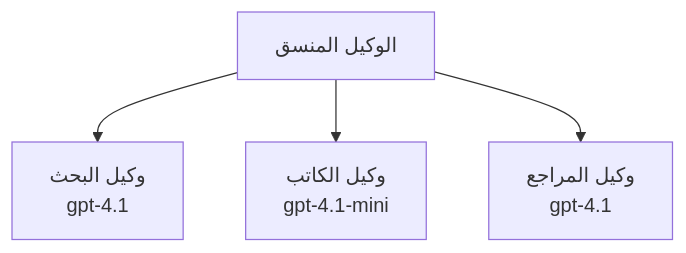
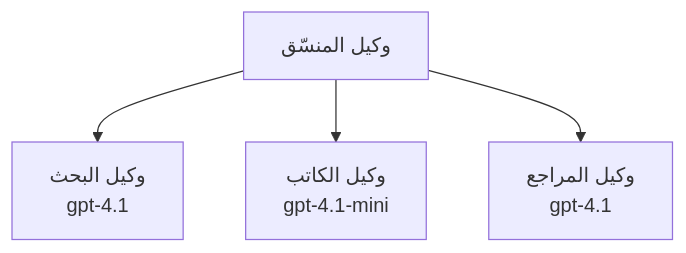
One commit to microsoft/AZD-for-beginners changed the third of 3 diagrams in translations/ar/docs/chapter-02-ai-development/agents.md. Above: the diagram before and after it, drawn with Mermaid. The commit also changed other lines of this file and 104 other files, not shown here.

````diff
--- a/translations/ar/docs/chapter-02-ai-development/agents.md
+++ b/translations/ar/docs/chapter-02-ai-development/agents.md
@@ -194,6 +201,6 @@
 ```mermaid
 graph TD
-    Orchestrator[الوكيل المنسق] --> Research[وكيل البحث<br/>gpt-4.1]
+    Orchestrator[وكيل المنسّق] --> Research[وكيل البحث<br/>gpt-4.1]
     Orchestrator --> Writer[وكيل الكاتب<br/>gpt-4.1-mini]
     Orchestrator --> Reviewer[وكيل المراجع<br/>gpt-4.1]
 ```
````
